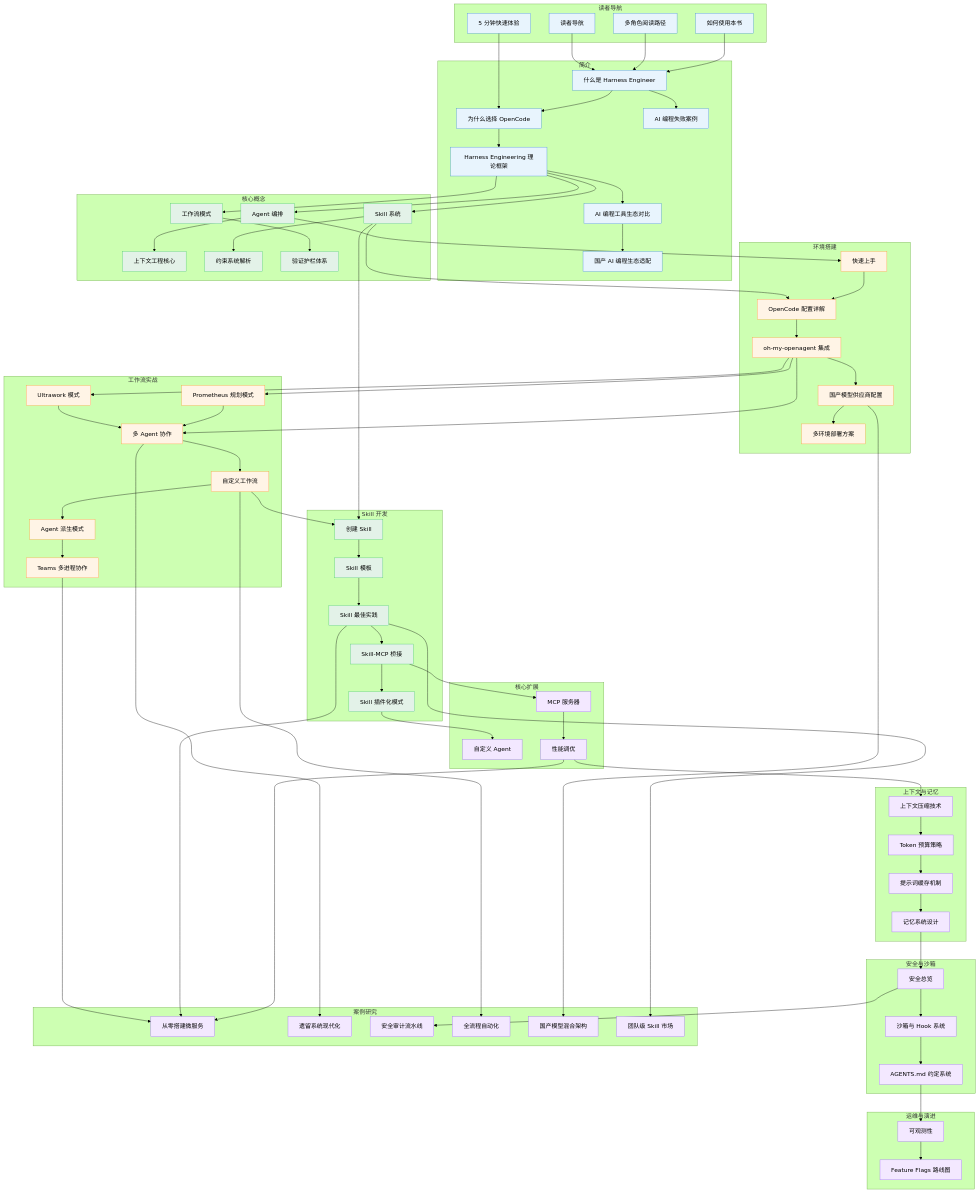
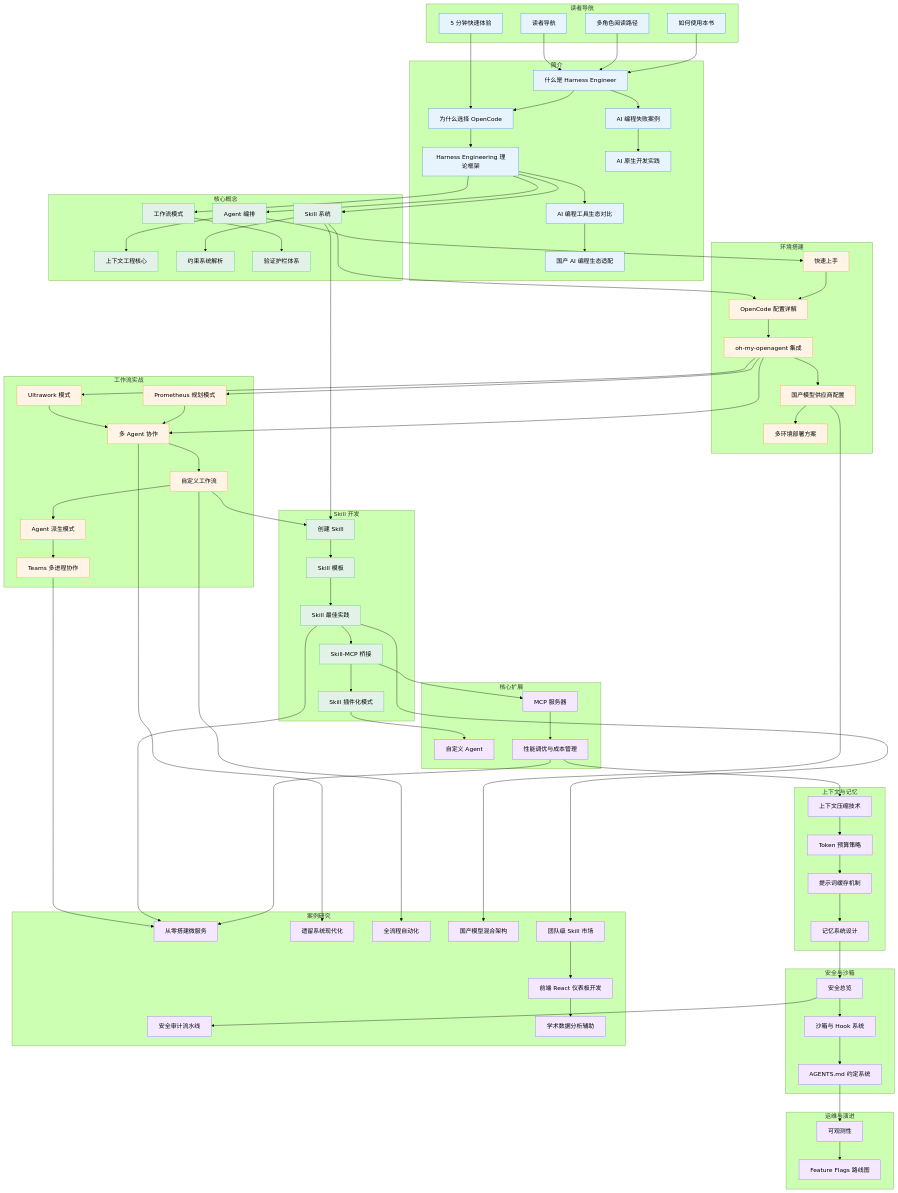
One commit to tonydeng/harness-engineering-from-oc-to-ai-coding changed the second of 3 diagrams in src/00-guide/reading-paths.md. Above: the diagram before and after it, drawn with Mermaid (forest theme). The commit also changed other lines of this file and 5 other files, not shown here.

````diff
--- a/src/00-guide/reading-paths.md
+++ b/src/00-guide/reading-paths.md
@@ -257,6 +257,7 @@
         G1_4["AI 编程工具生态对比"]
         G1_5["国产 AI 编程生态适配"]
         G1_6["AI 编程失败案例"]
+        G1_7["AI 原生开发实践"]
     end
 
     subgraph Ch2["核心概念"]
@@ -296,7 +297,7 @@
     subgraph Ch6A["核心扩展"]
         G6_1["MCP 服务器"]
         G6_2["自定义 Agent"]
-        G6_3["性能调优"]
+        G6_3["性能调优与成本管理"]
     end
 
     subgraph Ch6B["上下文与记忆"]
@@ -324,6 +325,8 @@
         G7_4["全流程自动化"]
         G7_5["国产模型混合架构"]
         G7_6["团队级 Skill 市场"]
+        G7_7["前端 React 仪表板开发"]
+        G7_8["学术数据分析辅助"]
     end
 
     %% 读者导航 -> 简介
@@ -338,6 +341,7 @@
     G1_3 --> G1_4
     G1_4 --> G1_5
     G1_1 --> G1_6
+    G1_6 --> G1_7
 
     %% 简介 -> 核心概念
     G1_3 --> G2_1
@@ -410,6 +414,8 @@
     G4_3 --> G7_4
     G3_4 --> G7_5
     G5_3 --> G7_6
+    G7_6 --> G7_7
+    G7_7 --> G7_8
 
     %% 样式定义
     classDef ch0 fill:#E8F4FD,stroke:#4A90D9
@@ -422,11 +428,11 @@
     classDef ch7 fill:#F3E8FF,stroke:#A66CFF
 
     class G0_1,G0_2,G0_3,G0_4 ch0
-    class G1_1,G1_2,G1_3,G1_4,G1_5,G1_6 ch1
+    class G1_1,G1_2,G1_3,G1_4,G1_5,G1_6,G1_7 ch1
     class G2_1,G2_2,G2_3,G2_4,G2_5,G2_6 ch2
     class G3_1,G3_2,G3_3,G3_4,G3_5 ch3
     class G4_1,G4_2,G4_3,G4_4,G4_5,G4_6 ch4
     class G5_1,G5_2,G5_3,G5_4,G5_5 ch5
     class G6_1,G6_2,G6_3,G6_4,G6_5,G6_6,G6_7,G6_8,G6_9,G6_10,G6_11,G6_12 ch6
-    class G7_1,G7_2,G7_3,G7_4,G7_5,G7_6 ch7
+    class G7_1,G7_2,G7_3,G7_4,G7_5,G7_6,G7_7,G7_8 ch7
 ```
````
